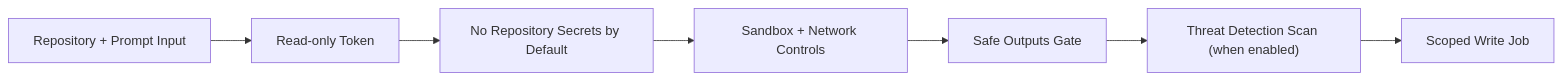
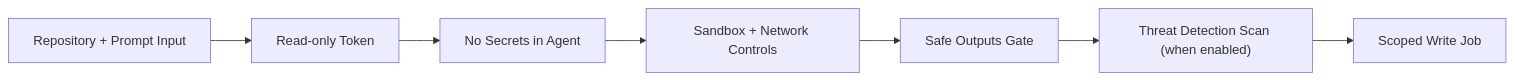
The diagram in docs/src/content/docs/index.mdx (githubnext/gh-aw), drawn with Mermaid before and after one commit. The commit also changed other lines of this file and 43 other files, not shown here.

Commit message:
Address review: revert secrets/architecture docs, remove Pi experimental flag

````diff
--- a/docs/src/content/docs/index.mdx
+++ b/docs/src/content/docs/index.mdx
@@ -73,9 +73,9 @@
 ```mermaid
 flowchart LR
     INPUT["Repository + Prompt Input"] --> TOKENS["Read-only Token"]
-    TOKENS --> SECRETS["No Repository Secrets by Default"]
+    TOKENS --> SECRETS["No Secrets in Agent"]
     SECRETS --> SANDBOX["Sandbox + Network Controls"]
     SANDBOX --> SAFE["Safe Outputs Gate"]
     SAFE --> DETECT["Threat Detection Scan (when enabled)"]
     DETECT --> APPLY["Scoped Write Job"]
 ```
````
